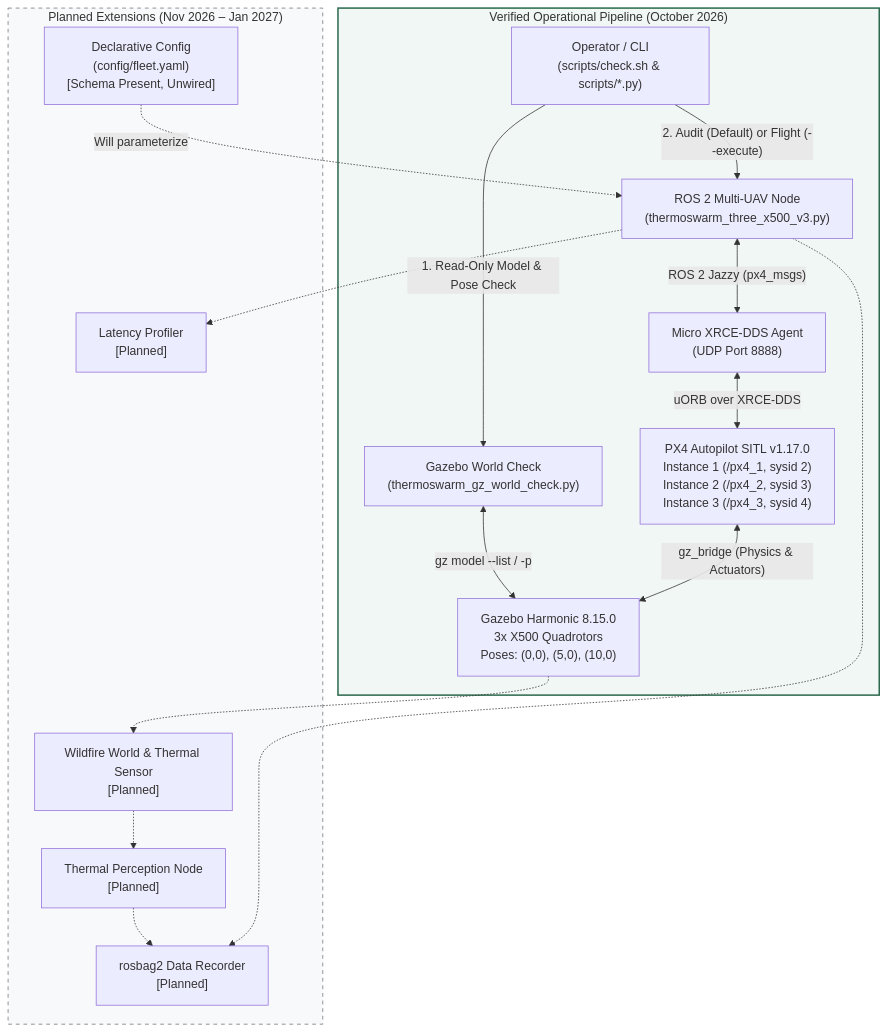
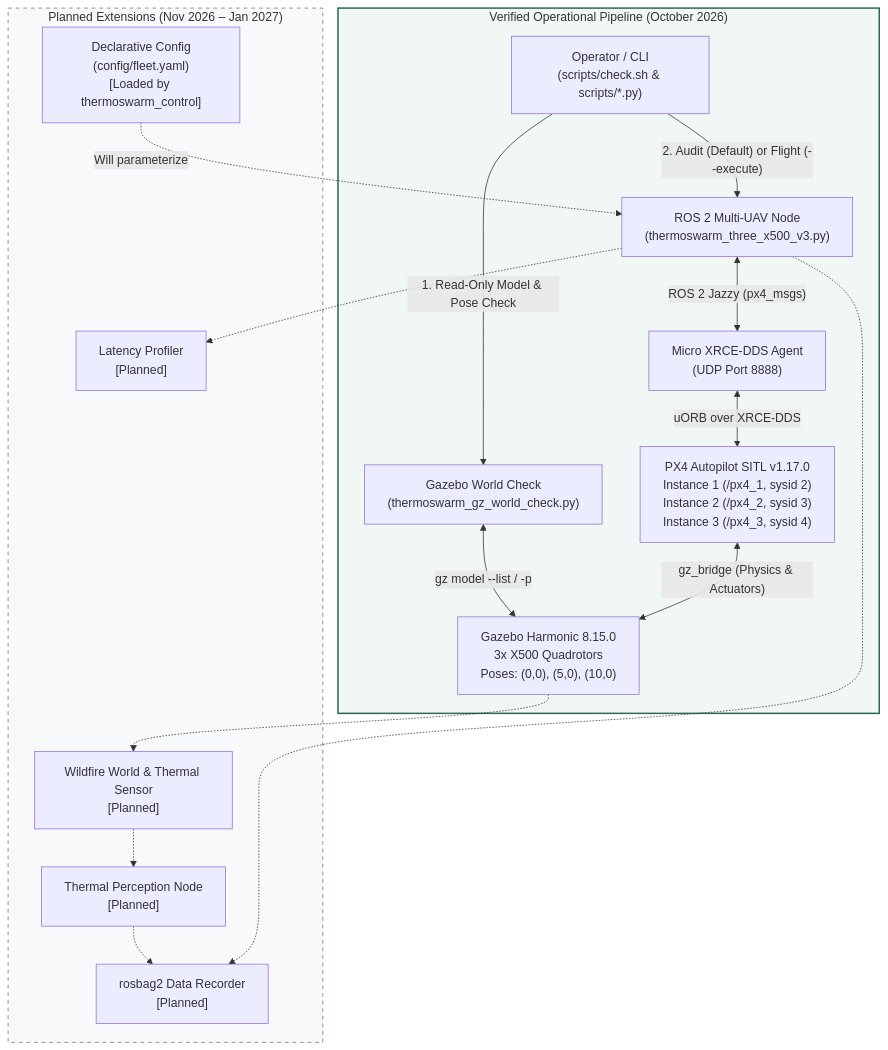
One commit to emrehann17/thermoswarm changed the diagram in README.md. Above: the diagram before and after it, drawn with Mermaid. The commit also changed other lines of this file and 12 other files, not shown here.

Commit message:
feat: integrate YAML fleet configuration

````diff
--- a/README.md
+++ b/README.md
@@ -91,36 +91,36 @@
 ```mermaid
 flowchart TB
     subgraph Current["Verified Operational Pipeline (October 2026)"]
         CLI["Operator / CLI\n(scripts/check.sh & scripts/*.py)"]
         GZC["Gazebo World Check\n(thermoswarm_gz_world_check.py)"]
         CTRL["ROS 2 Multi-UAV Node\n(thermoswarm_three_x500_v3.py)"]
         DDS["Micro XRCE-DDS Agent\n(UDP Port 8888)"]
         PX4["PX4 Autopilot SITL v1.17.0\nInstance 1 (/px4_1, sysid 2)\nInstance 2 (/px4_2, sysid 3)\nInstance 3 (/px4_3, sysid 4)"]
         GZ["Gazebo Harmonic 8.15.0\n3x X500 Quadrotors\nPoses: (0,0), (5,0), (10,0)"]
 
         CLI -->|"1. Read-Only Model & Pose Check"| GZC
         GZC <-->|"gz model --list / -p"| GZ
         CLI -->|"2. Audit (Default) or Flight (--execute)"| CTRL
         CTRL <-->|"ROS 2 Jazzy (px4_msgs)"| DDS
         DDS <-->|"uORB over XRCE-DDS"| PX4
         PX4 <-->|"gz_bridge (Physics & Actuators)"| GZ
     end
 
     subgraph Planned["Planned Extensions (Nov 2026 – Jan 2027)"]
-        CFG["Declarative Config\n(config/fleet.yaml)\n[Schema Present, Unwired]"]
+        CFG["Declarative Config\n(config/fleet.yaml)\n[Loaded by thermoswarm_control]"]
         FIRE["Wildfire World & Thermal Sensor\n[Planned]"]
         PERC["Thermal Perception Node\n[Planned]"]
         BAG["rosbag2 Data Recorder\n[Planned]"]
         LAT["Latency Profiler\n[Planned]"]
 
         CFG -.->|"Will parameterize"| CTRL
         GZ -.-> FIRE
         FIRE -.-> PERC
         PERC -.-> BAG
         CTRL -.-> BAG
         CTRL -.-> LAT
     end
 
     style Current fill:#f0f7f4,stroke:#2d6a4f,stroke-width:2px
     style Planned fill:#f8f9fa,stroke:#6c757d,stroke-dasharray: 5 5
 ```
````
